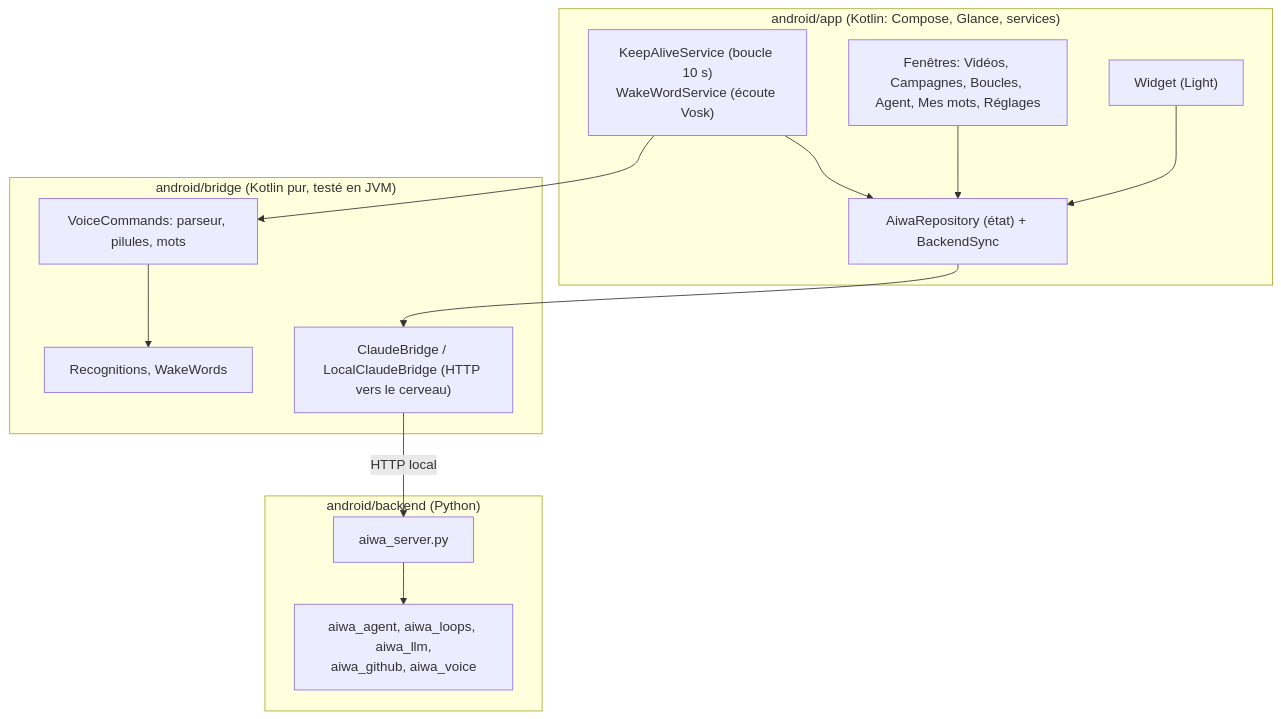
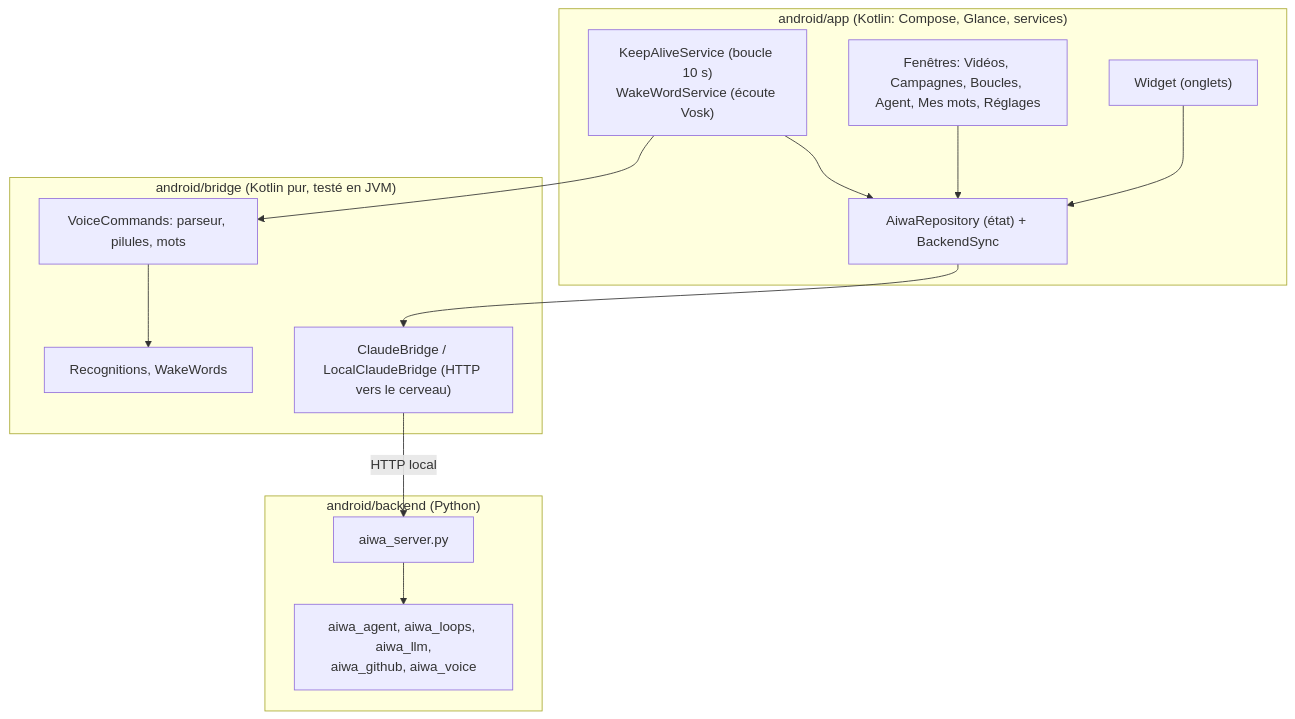
The fourth of 9 diagrams in README.md (theodoreyong9/Aiwa_store), drawn with Mermaid before and after one commit. The commit also changed other lines of this file and 1 other file, not shown here.

First line of the commit message:
Docs: the widget in tabs, the super agent on the buttons, the settings in sections

````diff
--- a/README.md
+++ b/README.md
@@ -298,26 +300,26 @@
 ```mermaid
 flowchart TB
   subgraph app["android/app (Kotlin: Compose, Glance, services)"]
-    W1["Widget (Light)"]
+    W1["Widget (onglets)"]
     Win["Fenêtres: Vidéos, Campagnes, Boucles, Agent, Mes mots, Réglages"]
     Svc["KeepAliveService (boucle 10 s)<br/>WakeWordService (écoute Vosk)"]
     St["AiwaRepository (état) + BackendSync"]
   end
   subgraph bridge["android/bridge (Kotlin pur, testé en JVM)"]
     Parse["VoiceCommands: parseur, pilules, mots"]
     Rec["Recognitions, WakeWords"]
     API["ClaudeBridge / LocalClaudeBridge (HTTP vers le cerveau)"]
   end
   subgraph back["android/backend (Python)"]
     Srv["aiwa_server.py"]
     Mods["aiwa_agent, aiwa_loops, aiwa_llm,<br/>aiwa_github, aiwa_voice"]
   end
   W1 --> St
   Win --> St
   Svc --> St
   St --> API
   Svc --> Parse
   Parse --> Rec
   API -- "HTTP local" --> Srv
   Srv --> Mods
 ```
````
